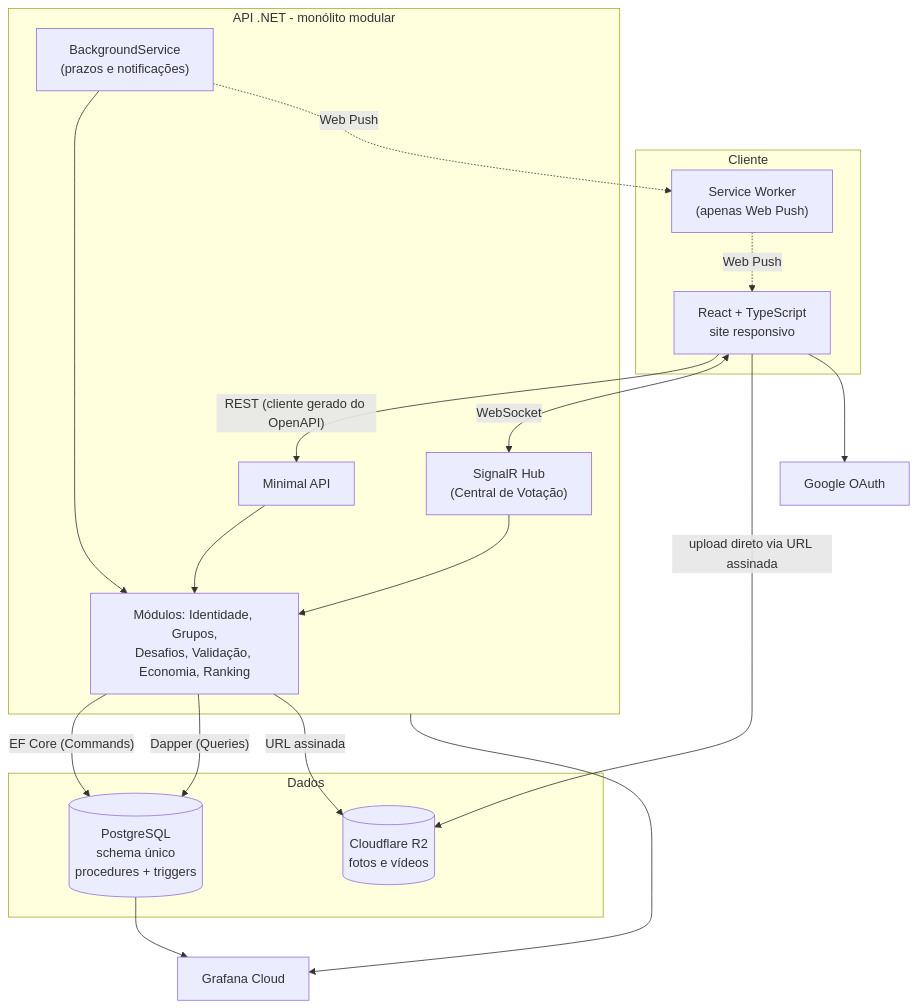
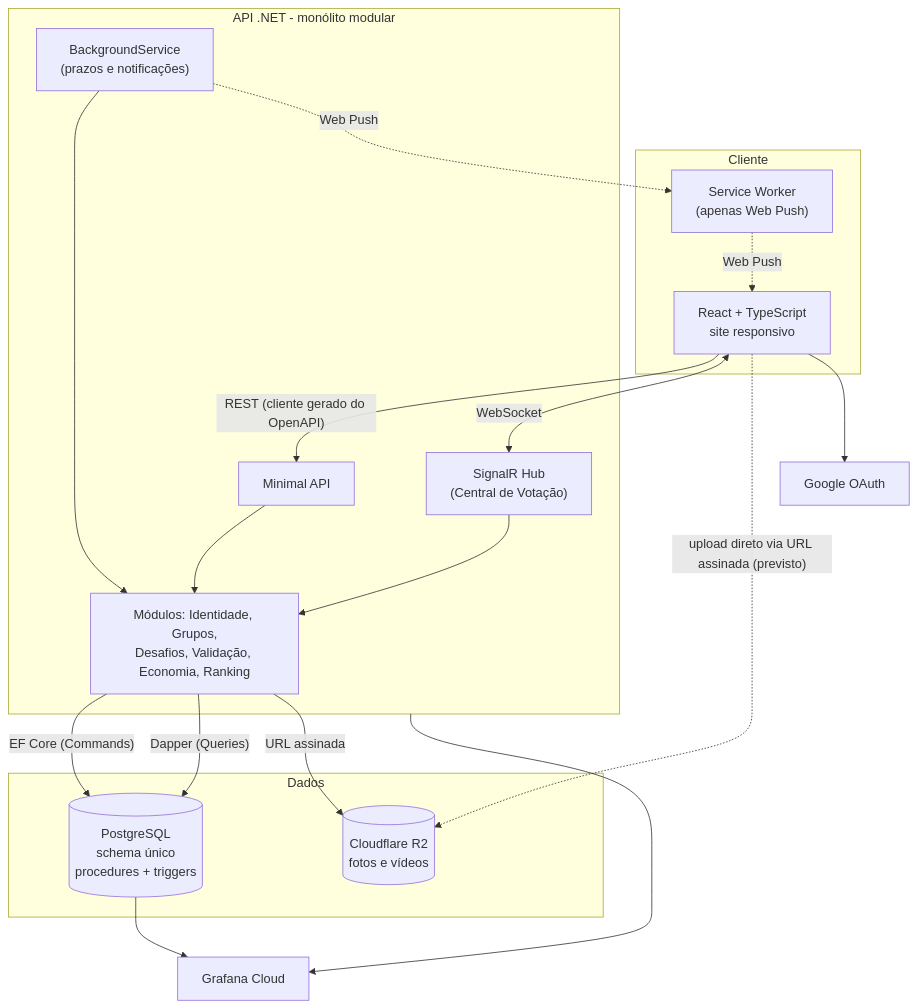
One commit to SecreTavin/A3-banco-de-dados changed the first of 2 diagrams in docs/02-arquitetura/13-visao-geral.md. Above: the diagram before and after it, drawn with Mermaid. The commit also changed other lines of this file and 6 other files, not shown here.

Commit message:
docs: marca o upload direto de evidencia como nao implementado (RF06, RN22, ADR 0009, docs 13, 15, 19)

````diff
--- a/docs/02-arquitetura/13-visao-geral.md
+++ b/docs/02-arquitetura/13-visao-geral.md
@@ -11,38 +11,38 @@
 ```mermaid
 flowchart TB
     subgraph Cliente
         WEB["React + TypeScript<br/>site responsivo"]
         SW["Service Worker<br/>(apenas Web Push)"]
     end
 
     subgraph API["API .NET - monólito modular"]
         REST["Minimal API"]
         HUB["SignalR Hub<br/>(Central de Votação)"]
         BG["BackgroundService<br/>(prazos e notificações)"]
         MOD["Módulos: Identidade, Grupos,<br/>Desafios, Validação, Economia, Ranking"]
     end
 
     subgraph Dados
         PG[("PostgreSQL<br/>schema único<br/>procedures + triggers")]
         R2[("Cloudflare R2<br/>fotos e vídeos")]
     end
 
     GOOGLE["Google OAuth"]
     GRAFANA["Grafana Cloud"]
 
     WEB -->|"REST (cliente gerado do OpenAPI)"| REST
     WEB <-->|"WebSocket"| HUB
-    WEB -->|"upload direto via URL assinada"| R2
+    WEB -.->|"upload direto via URL assinada (previsto)"| R2
     WEB --> GOOGLE
     SW -.->|"Web Push"| WEB
 
     REST --> MOD
     HUB --> MOD
     BG --> MOD
     MOD -->|"EF Core (Commands)"| PG
     MOD -->|"Dapper (Queries)"| PG
     MOD -->|"URL assinada"| R2
     BG -.->|"Web Push"| SW
     API --> GRAFANA
     PG --> GRAFANA
 ```
````
